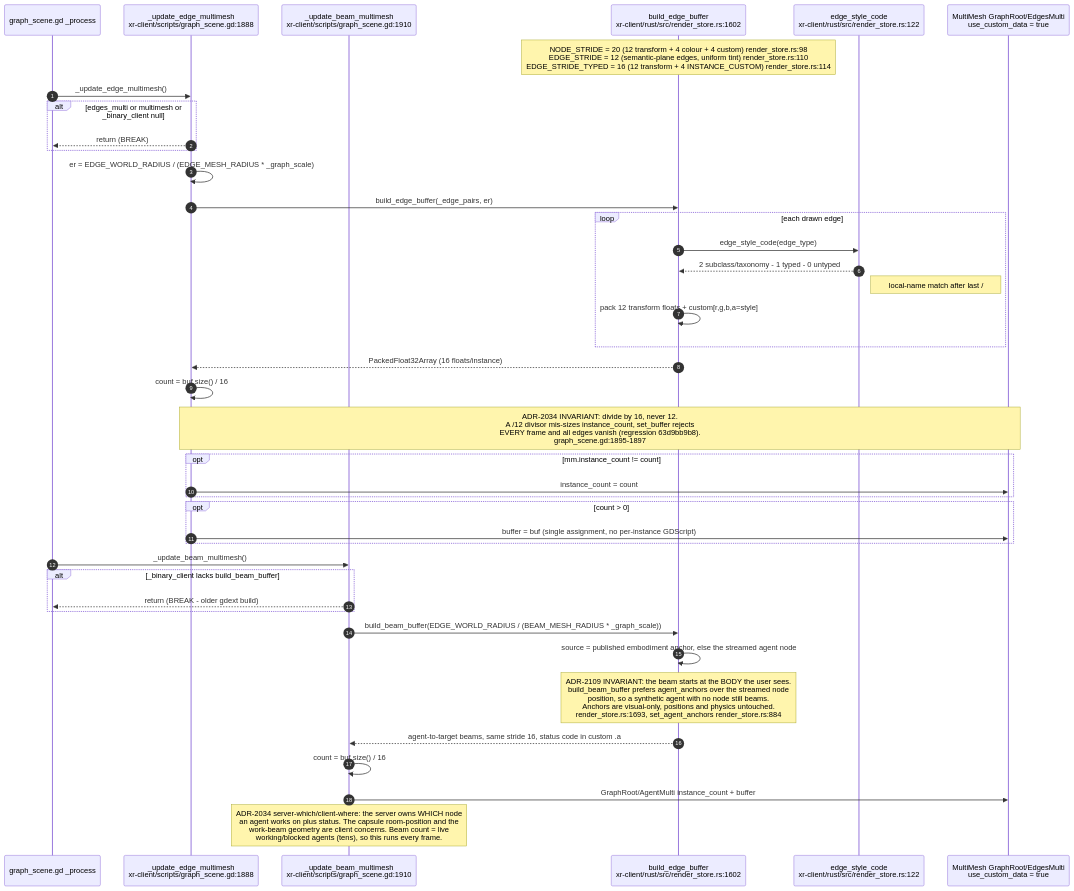
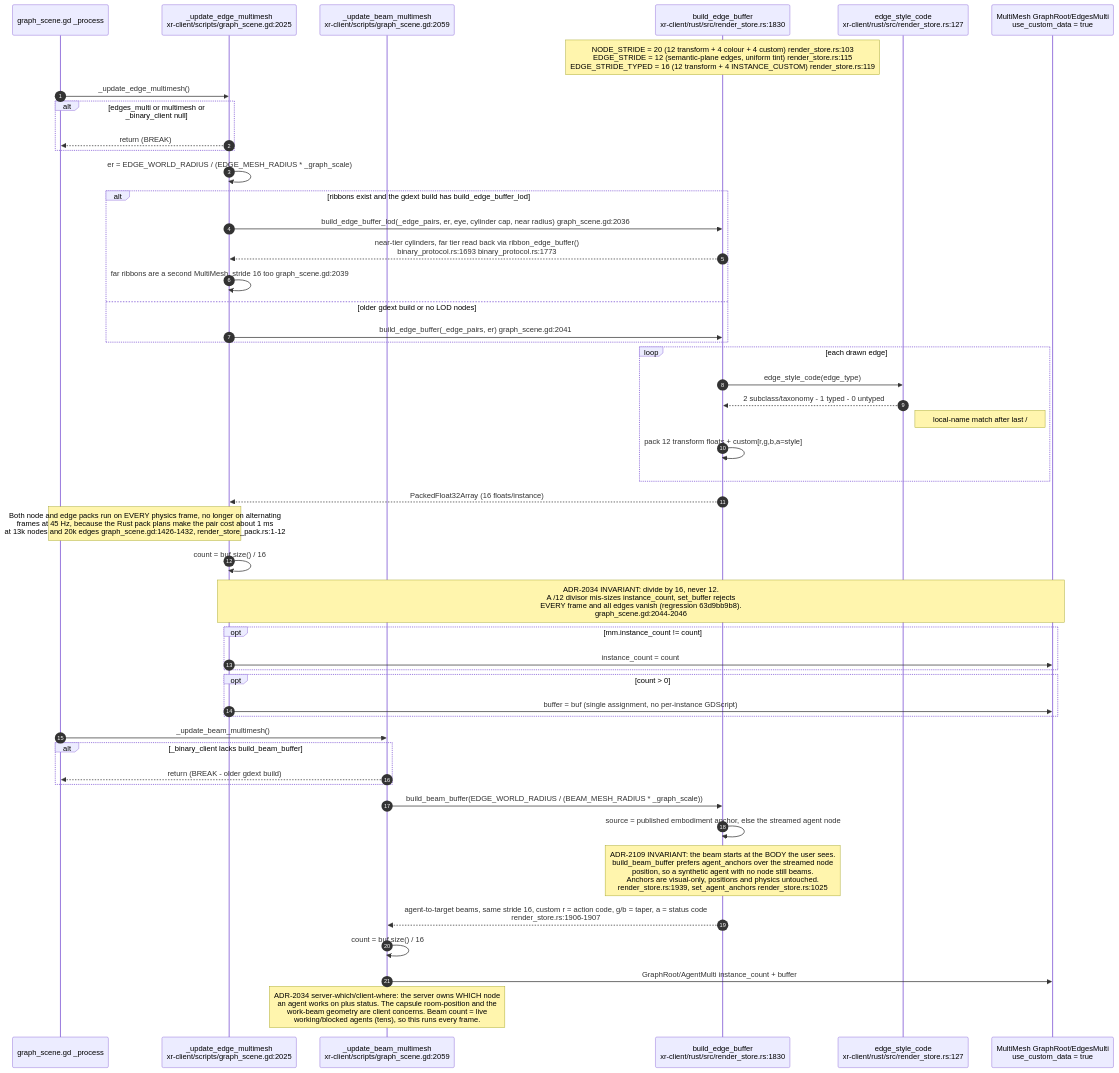
Before and after one commit to DreamLab-AI/VisionFlow: the seventh of 26 diagrams in docs/diagrams/visionclaw/36-godot-xr-client.md, drawn with Mermaid. The commit also changed other lines of this file and 26 other files, not shown here.

First line of the commit message:
docs(diagrams): re-verify solid-pod-rs, nostr-rust-forum and visionclaw 22/36 against HEAD

````diff
--- a/docs/diagrams/visionclaw/36-godot-xr-client.md
+++ b/docs/diagrams/visionclaw/36-godot-xr-client.md
@@ -344,44 +363,51 @@
 ```mermaid
 sequenceDiagram
     autonumber
     participant GD as graph_scene.gd _process
-    participant UE as _update_edge_multimesh<br/>xr-client/scripts/graph_scene.gd:1888
-    participant UB as _update_beam_multimesh<br/>xr-client/scripts/graph_scene.gd:1910
-    participant RS as build_edge_buffer<br/>xr-client/rust/src/render_store.rs:1602
-    participant SC as edge_style_code<br/>xr-client/rust/src/render_store.rs:122
+    participant UE as _update_edge_multimesh<br/>xr-client/scripts/graph_scene.gd:2025
+    participant UB as _update_beam_multimesh<br/>xr-client/scripts/graph_scene.gd:2059
+    participant RS as build_edge_buffer<br/>xr-client/rust/src/render_store.rs:1830
+    participant SC as edge_style_code<br/>xr-client/rust/src/render_store.rs:127
     participant MM as MultiMesh GraphRoot/EdgesMulti<br/>use_custom_data = true
 
-    Note over RS: NODE_STRIDE = 20 (12 transform + 4 colour + 4 custom) render_store.rs:98<br/>EDGE_STRIDE = 12 (semantic-plane edges, uniform tint) render_store.rs:110<br/>EDGE_STRIDE_TYPED = 16 (12 transform + 4 INSTANCE_CUSTOM) render_store.rs:114
+    Note over RS: NODE_STRIDE = 20 (12 transform + 4 colour + 4 custom) render_store.rs:103<br/>EDGE_STRIDE = 12 (semantic-plane edges, uniform tint) render_store.rs:115<br/>EDGE_STRIDE_TYPED = 16 (12 transform + 4 INSTANCE_CUSTOM) render_store.rs:119
     GD->>UE: _update_edge_multimesh()
     alt edges_multi or multimesh or _binary_client null
         UE-->>GD: return (BREAK)
     end
     UE->>UE: er = EDGE_WORLD_RADIUS / (EDGE_MESH_RADIUS * _graph_scale)
-    UE->>RS: build_edge_buffer(_edge_pairs, er)
+    alt ribbons exist and the gdext build has build_edge_buffer_lod
+        UE->>RS: build_edge_buffer_lod(_edge_pairs, er, eye, cylinder cap, near radius) graph_scene.gd:2036
+        RS-->>UE: near-tier cylinders, far tier read back via ribbon_edge_buffer()<br/>binary_protocol.rs:1693 binary_protocol.rs:1773
+        UE->>UE: far ribbons are a second MultiMesh, stride 16 too graph_scene.gd:2039
+    else older gdext build or no LOD nodes
+        UE->>RS: build_edge_buffer(_edge_pairs, er) graph_scene.gd:2041
+    end
     loop each drawn edge
         RS->>SC: edge_style_code(edge_type)
         SC-->>RS: 2 subclass/taxonomy - 1 typed - 0 untyped
-        Note right of SC: local-name match after last / # or :<br/>case-insensitive render_store.rs:116-124
+        Note right of SC: local-name match after last / # or :<br/>case-insensitive render_store.rs:121-129
         RS->>RS: pack 12 transform floats + custom[r,g,b,a=style]
     end
     RS-->>UE: PackedFloat32Array (16 floats/instance)
+    Note over GD,UE: Both node and edge packs run on EVERY physics frame, no longer on alternating<br/>frames at 45 Hz, because the Rust pack plans make the pair cost about 1 ms<br/>at 13k nodes and 20k edges graph_scene.gd:1426-1432, render_store_pack.rs:1-12
     UE->>UE: count = buf.size() / 16
-    Note over UE,MM: ADR-2034 INVARIANT: divide by 16, never 12.<br/>A /12 divisor mis-sizes instance_count, set_buffer rejects<br/>EVERY frame and all edges vanish (regression 63d9bb9b8).<br/>graph_scene.gd:1895-1897
+    Note over UE,MM: ADR-2034 INVARIANT: divide by 16, never 12.<br/>A /12 divisor mis-sizes instance_count, set_buffer rejects<br/>EVERY frame and all edges vanish (regression 63d9bb9b8).<br/>graph_scene.gd:2044-2046
     opt mm.instance_count != count
         UE->>MM: instance_count = count
     end
     opt count > 0
         UE->>MM: buffer = buf (single assignment, no per-instance GDScript)
     end
     GD->>UB: _update_beam_multimesh()
     alt _binary_client lacks build_beam_buffer
         UB-->>GD: return (BREAK - older gdext build)
     end
     UB->>RS: build_beam_buffer(EDGE_WORLD_RADIUS / (BEAM_MESH_RADIUS * _graph_scale))
     RS->>RS: source = published embodiment anchor, else the streamed agent node
-    Note over RS: ADR-2109 INVARIANT: the beam starts at the BODY the user sees.<br/>build_beam_buffer prefers agent_anchors over the streamed node<br/>position, so a synthetic agent with no node still beams.<br/>Anchors are visual-only, positions and physics untouched.<br/>render_store.rs:1693, set_agent_anchors render_store.rs:884
-    RS-->>UB: agent-to-target beams, same stride 16, status code in custom .a
+    Note over RS: ADR-2109 INVARIANT: the beam starts at the BODY the user sees.<br/>build_beam_buffer prefers agent_anchors over the streamed node<br/>position, so a synthetic agent with no node still beams.<br/>Anchors are visual-only, positions and physics untouched.<br/>render_store.rs:1939, set_agent_anchors render_store.rs:1025
+    RS-->>UB: agent-to-target beams, same stride 16, custom r = action code, g/b = taper, a = status code<br/>render_store.rs:1906-1907
     UB->>UB: count = buf.size() / 16
     UB->>MM: GraphRoot/AgentMulti instance_count + buffer
     Note over UB: ADR-2034 server-which/client-where: the server owns WHICH node<br/>an agent works on plus status. The capsule room-position and the<br/>work-beam geometry are client concerns. Beam count = live<br/>working/blocked agents (tens), so this runs every frame.
 ```
````
